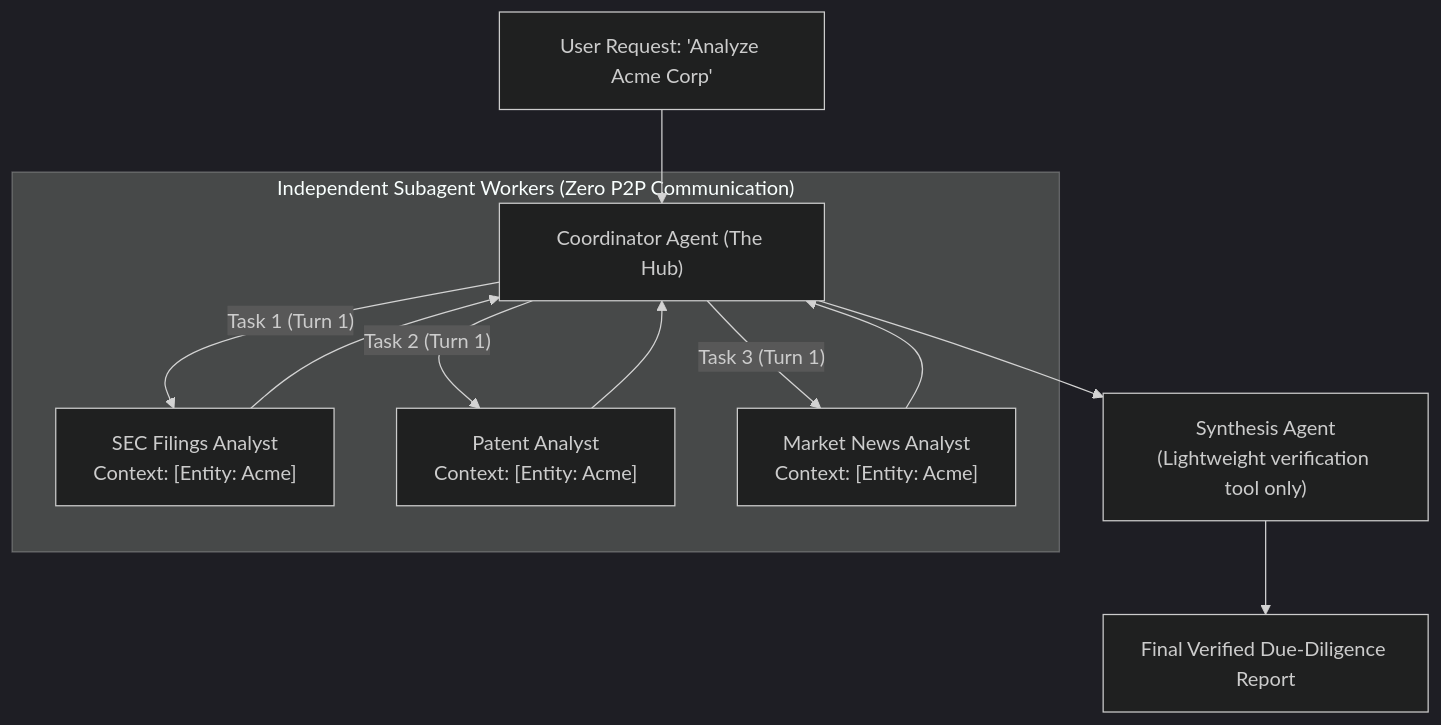
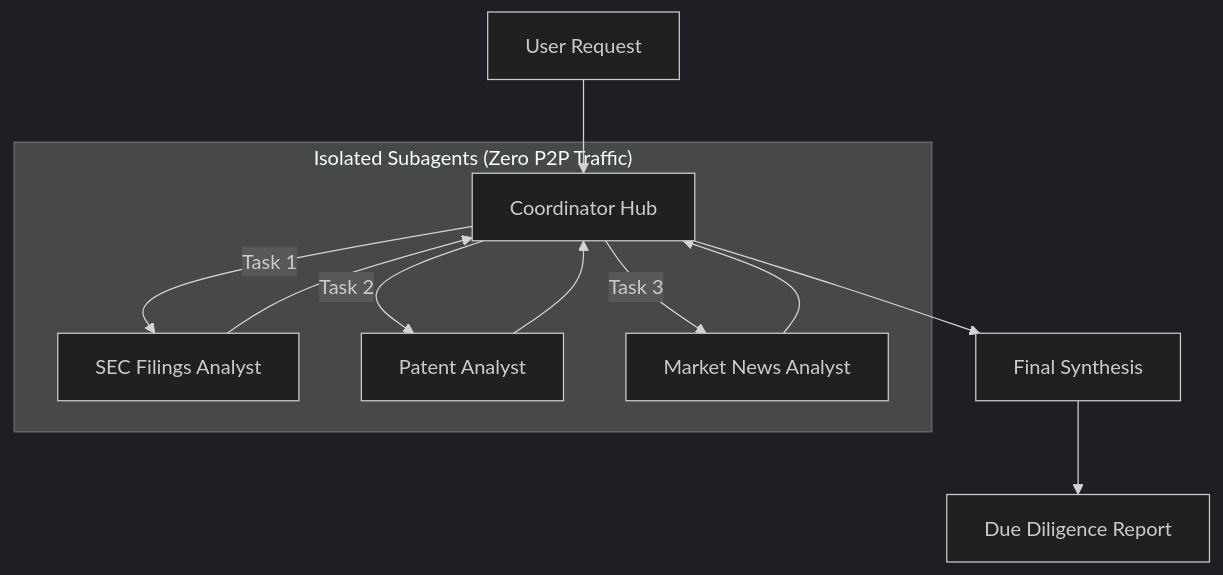
The second of 3 diagrams in scenarios/scenario_3_multi_agent_research/SCENARIO_GUIDE.md (dip4k/claude_cert_architect_foundation_prep), drawn with Mermaid (dark theme) before and after one commit. The commit also changed other lines of this file and 30 other files, not shown here.

Commit message:
docs: enhance domain and scenario guides with exam rules, golden rules, and simplified GitHub mermaid diagrams

````diff
--- a/scenarios/scenario_3_multi_agent_research/SCENARIO_GUIDE.md
+++ b/scenarios/scenario_3_multi_agent_research/SCENARIO_GUIDE.md
@@ -28,17 +78,14 @@
 ```mermaid
 flowchart TD
-    UserQuery["User Request: 'Analyze Acme Corp'"] --> Hub["Coordinator Agent (The Hub)"]
-    
-    subgraph IsolatedSpokes["Independent Subagent Workers (Zero P2P Communication)"]
-        Hub -- "Task 1 (Turn 1)" --> SpokeSEC["SEC Filings Analyst<br/>Context: [Entity: Acme]"]
-        Hub -- "Task 2 (Turn 1)" --> SpokePatent["Patent Analyst<br/>Context: [Entity: Acme]"]
-        Hub -- "Task 3 (Turn 1)" --> SpokeNews["Market News Analyst<br/>Context: [Entity: Acme]"]
+    UserQuery["User Request"] --> Hub["Coordinator Hub"]
+    subgraph IsolatedSpokes["Isolated Subagents (Zero P2P Traffic)"]
+        Hub -->|Task 1| SpokeSEC["SEC Filings Analyst"]
+        Hub -->|Task 2| SpokePatent["Patent Analyst"]
+        Hub -->|Task 3| SpokeNews["Market News Analyst"]
     end
-    
     SpokeSEC --> Hub
     SpokePatent --> Hub
     SpokeNews --> Hub
-    
-    Hub --> Synthesizer["Synthesis Agent<br/>(Lightweight verification tool only)"]
-    Synthesizer --> Report["Final Verified Due-Diligence Report"]
+    Hub --> Synthesizer["Final Synthesis"]
+    Synthesizer --> Report["Due Diligence Report"]
 ```
````
